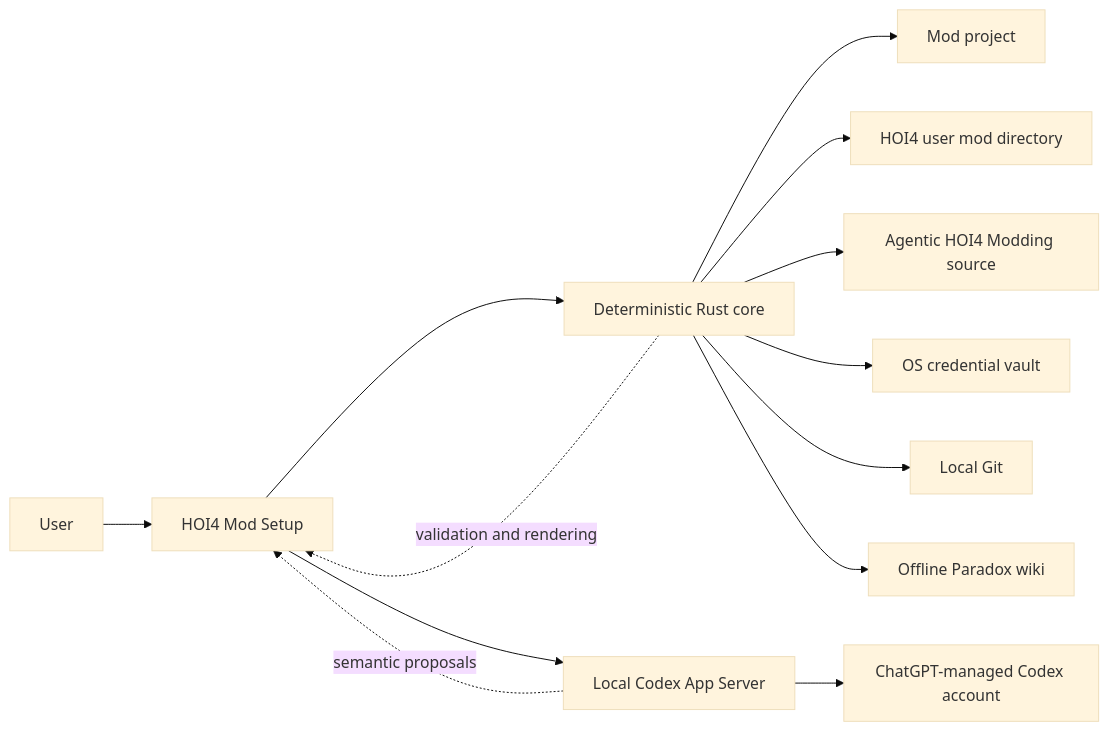
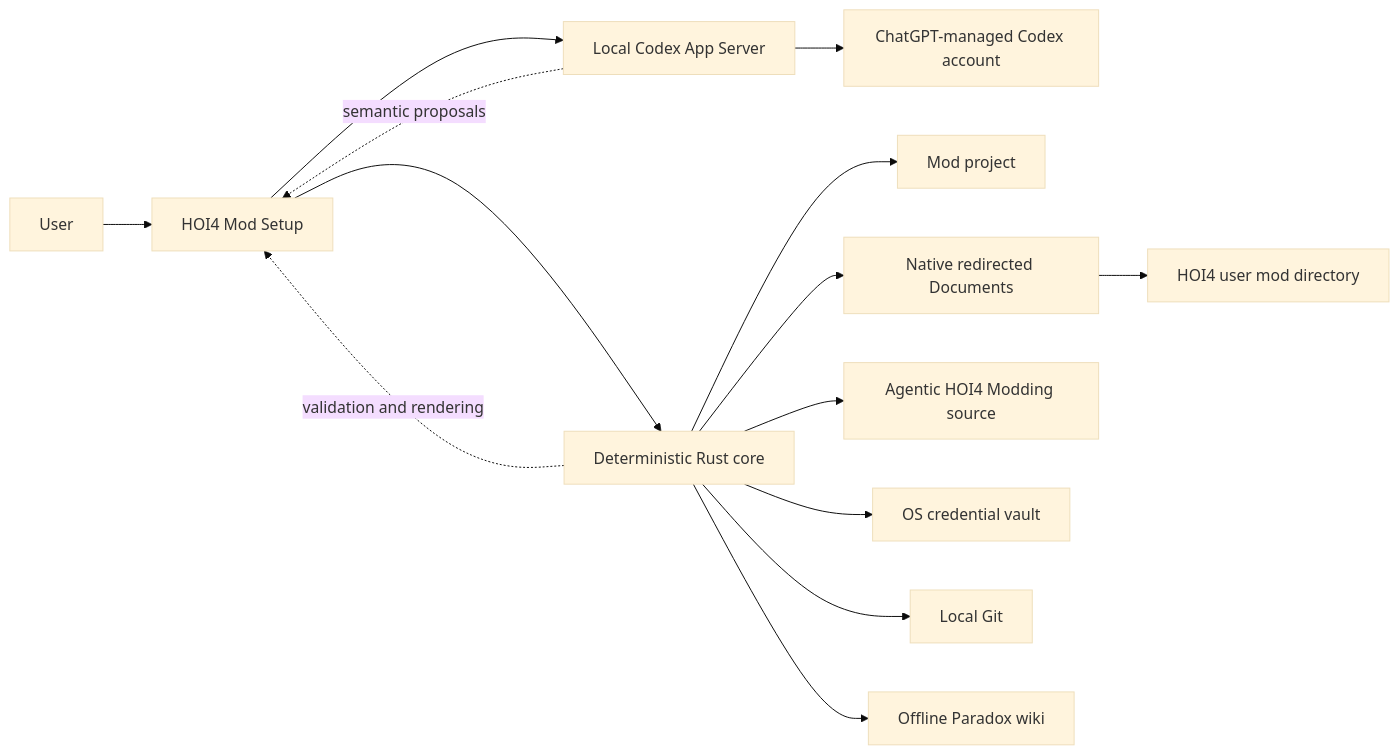
Before and after one commit to klimPaskov/HOI4-Mod-Setup: the diagram in docs/diagrams/system_context.mmd, drawn with Mermaid (base theme). The commit also changed 294 other files, not shown here.

Commit message:
feat: complete setup wizard and release flow

```diff
--- a/docs/diagrams/system_context.mmd
+++ b/docs/diagrams/system_context.mmd
@@ -1,13 +1,14 @@
 flowchart LR
     User[User] --> UI[HOI4 Mod Setup]
     UI --> Core[Deterministic Rust core]
     UI --> AppServer[Local Codex App Server]
     AppServer --> ChatGPT[ChatGPT-managed Codex account]
     Core --> Project[Mod project]
-    Core --> Launcher[HOI4 user mod directory]
+    Core --> Documents[Native redirected Documents]
+    Documents --> Launcher[HOI4 user mod directory]
     Core --> Source[Agentic HOI4 Modding source]
     Core --> Vault[OS credential vault]
     Core --> Git[Local Git]
     Core --> Wiki[Offline Paradox wiki]
     AppServer -. semantic proposals .-> UI
     Core -. validation and rendering .-> UI
```
